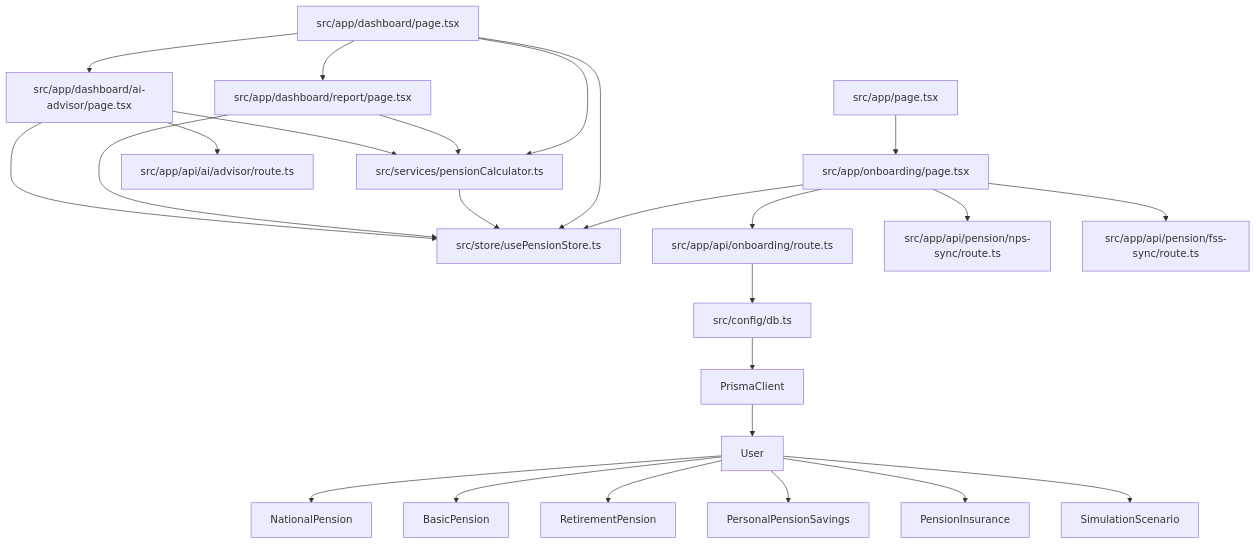
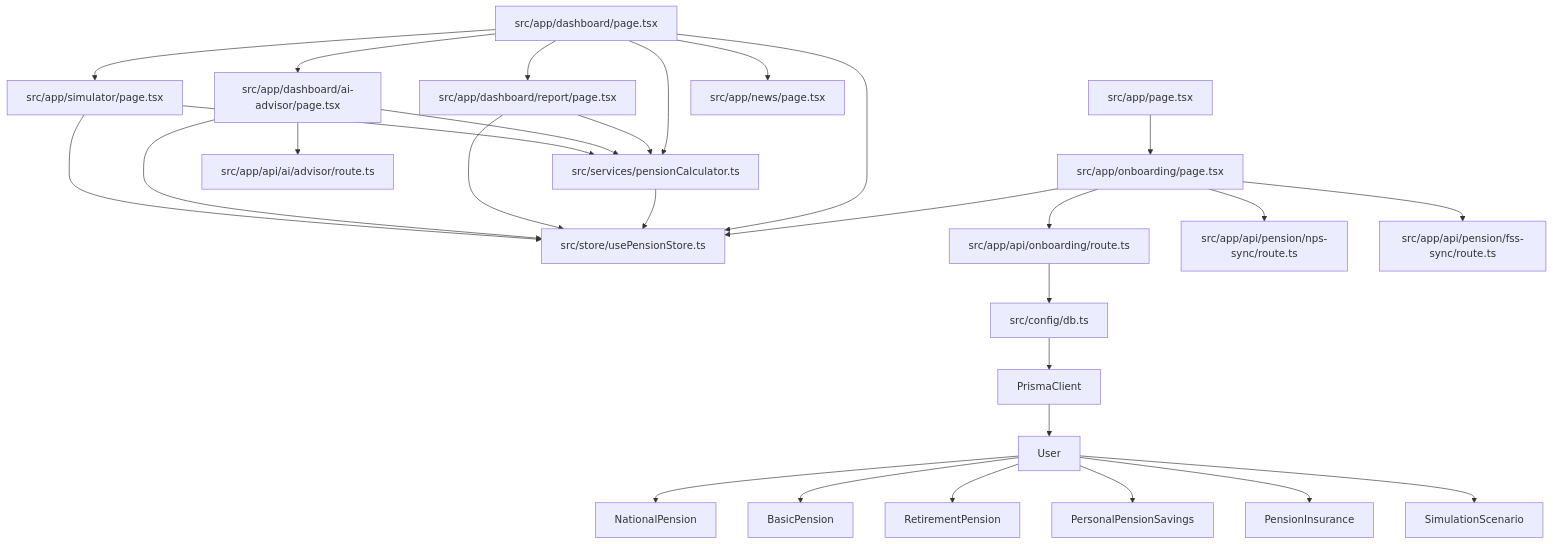
Before and after one commit to ChanHoya/PensionLab: the diagram in docs/dependency-map.md, drawn with Mermaid. The commit also changed 6 other files, not shown here.

````diff
--- a/docs/dependency-map.md
+++ b/docs/dependency-map.md
@@ -3,39 +3,45 @@
 ```mermaid
 graph TD
   %% Database Layer
   db[src/config/db.ts] --> PrismaClient
   PrismaClient --> User
   User --> NationalPension
   User --> BasicPension
   User --> RetirementPension
   User --> PersonalPensionSavings
   User --> PensionInsurance
   User --> SimulationScenario
 
   %% State & Business Logic Layer
   Store[src/store/usePensionStore.ts]
   Calculator[src/services/pensionCalculator.ts]
 
   %% UI & Page Layer
   Landing[src/app/page.tsx] --> OnboardingUI
   OnboardingUI[src/app/onboarding/page.tsx] --> Store
   OnboardingUI --> OnboardingAPI[src/app/api/onboarding/route.ts]
   OnboardingAPI --> db
 
   Dashboard[src/app/dashboard/page.tsx] --> Store
   Dashboard --> Calculator
   Calculator --> Store
 
   %% Sprint 2 Additions
   Dashboard --> Report[src/app/dashboard/report/page.tsx]
   Report --> Store
   Report --> Calculator
   OnboardingUI --> NPSSyncAPI[src/app/api/pension/nps-sync/route.ts]
   OnboardingUI --> FSSSyncAPI[src/app/api/pension/fss-sync/route.ts]
 
   %% MiniMax AI Advisor (Sprint 12 / MiniMax Integration)
   Dashboard --> AIAdvisor[src/app/dashboard/ai-advisor/page.tsx]
   AIAdvisor --> Store
   AIAdvisor --> Calculator
   AIAdvisor --> AIAdvisorAPI[src/app/api/ai/advisor/route.ts]
+
+  %% Simulator & News Routes (404 Bug Fixes)
+  Dashboard --> Simulator[src/app/simulator/page.tsx]
+  Dashboard --> News[src/app/news/page.tsx]
+  Simulator --> Store
+  Simulator --> Calculator
 ```
````
